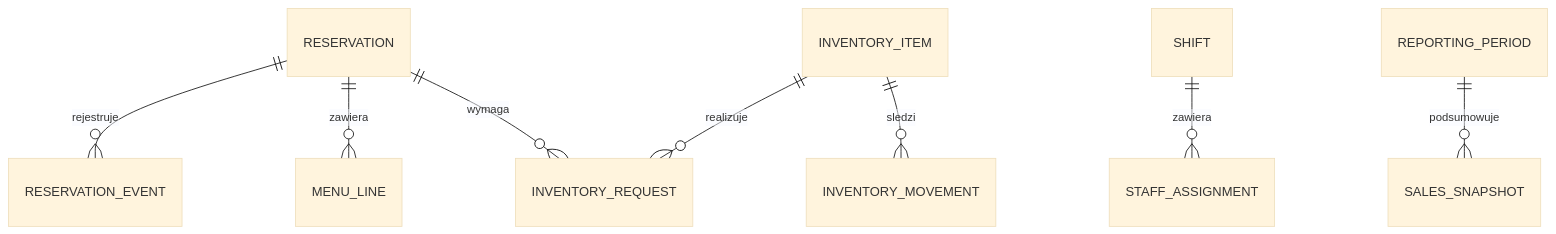
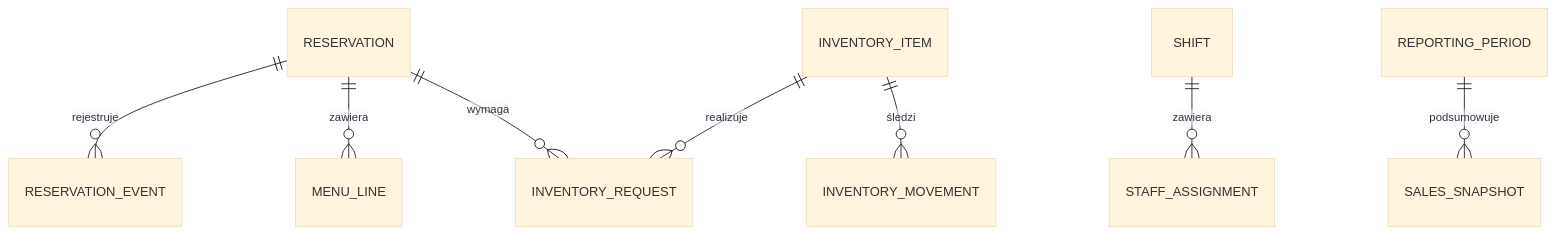
Before and after one commit to 221Studios/KidsOffice: the second of 2 diagrams in README.md, drawn with Mermaid (base theme).

Commit message:
Polish data model diagram labels

````diff
--- a/README.md
+++ b/README.md
@@ -64,10 +64,10 @@
 ```mermaid
 erDiagram
     RESERVATION ||--o{ RESERVATION_EVENT : rejestruje
     RESERVATION ||--o{ MENU_LINE : zawiera
     RESERVATION ||--o{ INVENTORY_REQUEST : wymaga
     INVENTORY_ITEM ||--o{ INVENTORY_REQUEST : realizuje
-    INVENTORY_ITEM ||--o{ INVENTORY_MOVEMENT : sledzi
+    INVENTORY_ITEM ||--o{ INVENTORY_MOVEMENT : śledzi
     SHIFT ||--o{ STAFF_ASSIGNMENT : zawiera
     REPORTING_PERIOD ||--o{ SALES_SNAPSHOT : podsumowuje
 ```
````
